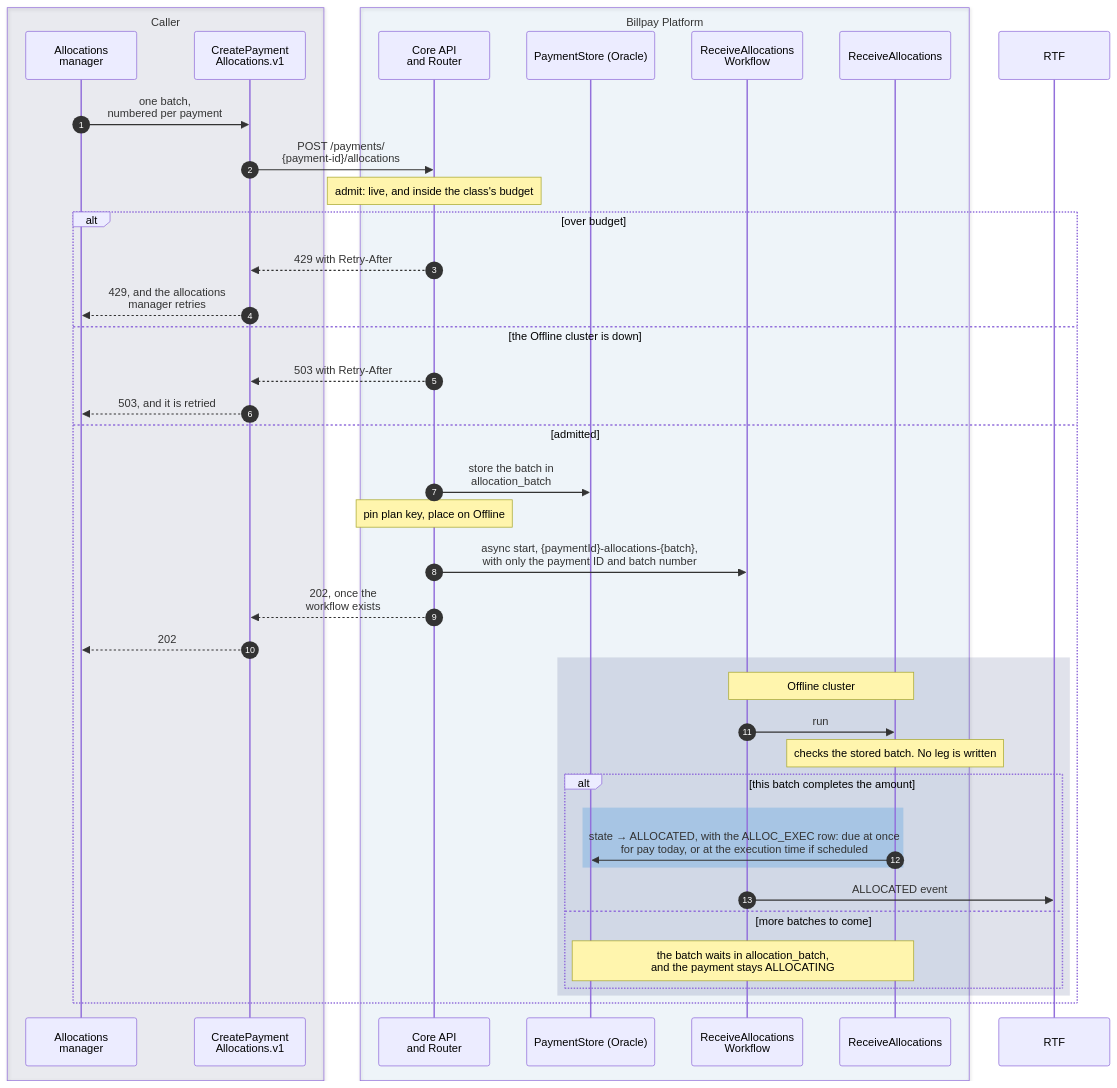
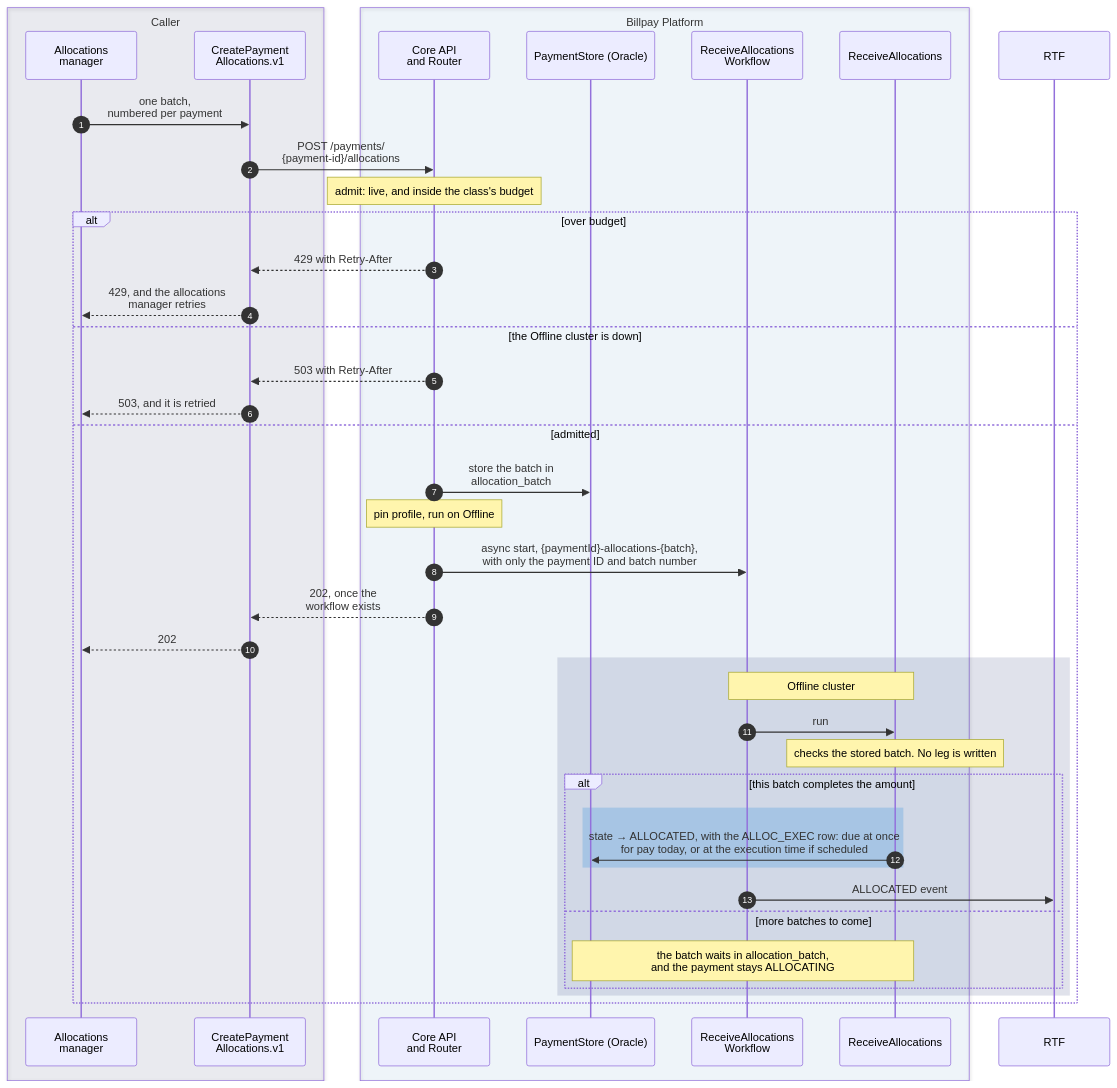
One commit to arunav-bhattacharya/billpay-book changed diagram 13 of 15 in website/docs/design/sequence-diagrams.md. Above: the diagram before and after it, drawn with Mermaid. The commit also changed other lines of this file and 53 other files, not shown here.

First line of the commit message:
ResolvedProfile and RunSite, journey picking, diagrams, JetBrains Mono

````diff
--- a/website/docs/design/sequence-diagrams.md
+++ b/website/docs/design/sequence-diagrams.md
@@ -799,53 +799,53 @@
 ```mermaid
 ---
 config:
   fontFamily: "BentonSansUI, Helvetica, Arial, sans-serif"
   fontSize: 15
 ---
 sequenceDiagram
   autonumber
 
   box rgba(0,23,90,0.07) Caller
     participant AM as Allocations<br/>manager
     participant OD as CreatePayment<br/>Allocations.v1
   end
 
   box rgba(0,111,207,0.05) Billpay Platform
     participant R as Core API<br/>and Router
     participant PS as PaymentStore (Oracle)
     participant RW as ReceiveAllocations<br/>Workflow
     participant RC as ReceiveAllocations
   end
 
   participant RTF
 
   AM->>OD: one batch,<br/>numbered per payment
   OD->>R: POST /payments/<br/>{payment-id}/allocations
   Note over R: admit: live, and inside the class's budget
   alt over budget
     R-->>OD: 429 with Retry-After
     OD-->>AM: 429, and the allocations<br/>manager retries
   else the Offline cluster is down
     R-->>OD: 503 with Retry-After
     OD-->>AM: 503, and it is retried
   else admitted
     R->>PS: store the batch in<br/>allocation_batch
-    Note over R: pin plan key, place on Offline
+    Note over R: pin profile, run on Offline
     R->>RW: async start, {paymentId}-allocations-{batch},<br/>with only the payment ID and batch number
     R-->>OD: 202, once the<br/>workflow exists
     OD-->>AM: 202
     rect rgba(0,23,90,0.12)
       Note over RW,RC: Offline cluster
       RW->>RC: run
       Note over RC: checks the stored batch. No leg is written
       alt this batch completes the amount
         rect rgba(102,169,226,0.40)
           RC->>PS: state → ALLOCATED, with the ALLOC_EXEC row: due at once<br/>for pay today, or at the execution time if scheduled
         end
         RW->>RTF: ALLOCATED event
       else more batches to come
         Note over RC,PS: the batch waits in allocation_batch,<br/>and the payment stays ALLOCATING
       end
     end
   end
 ```
````
